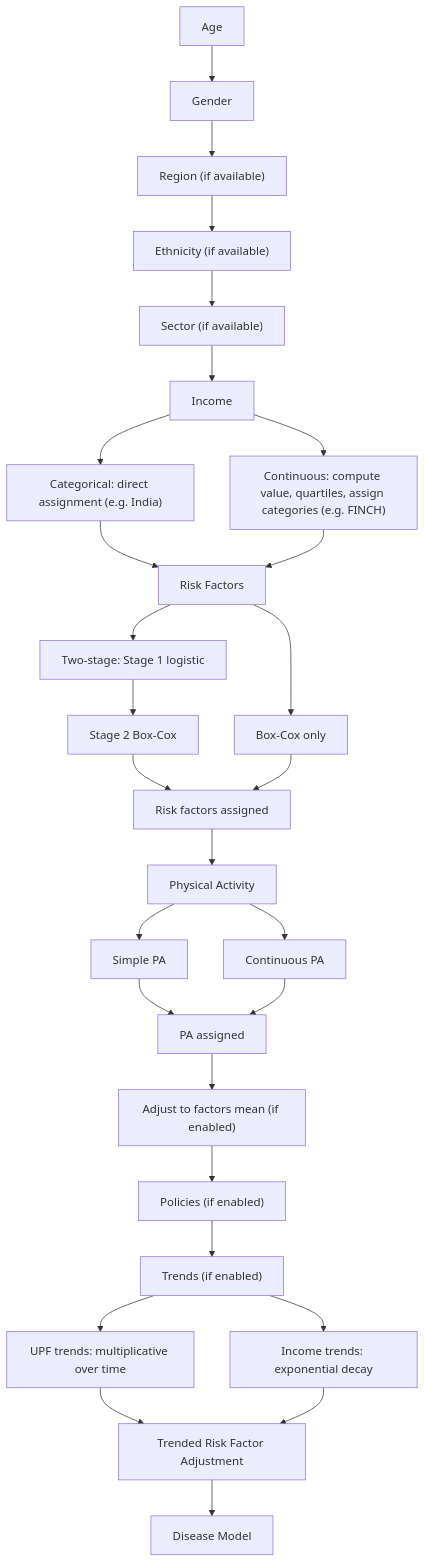
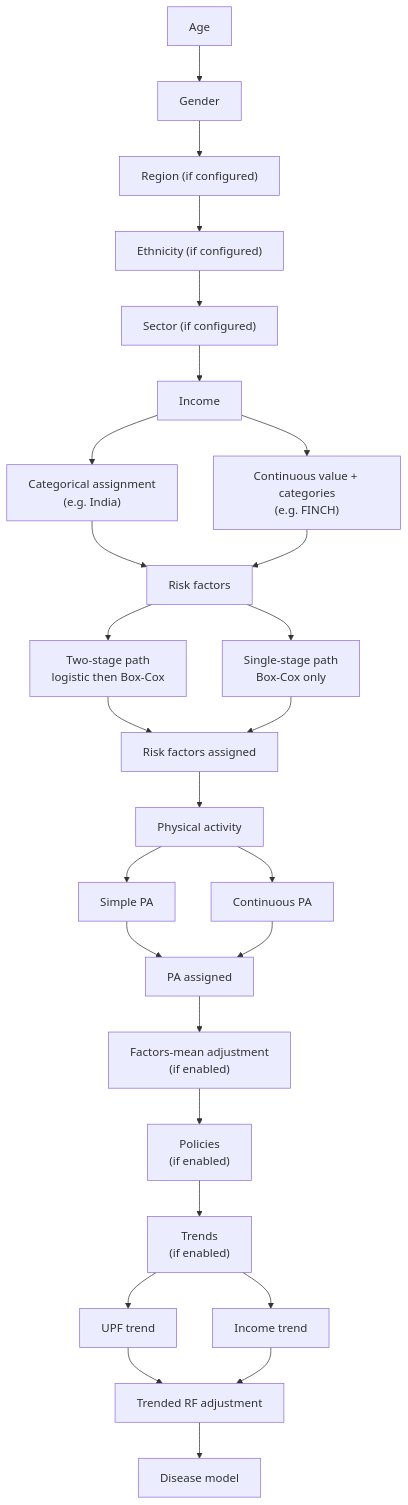
The third of 3 diagrams in documentation/technical/guides/healthgps-update-report-2026-02-20.md (imperialCHEPI/healthgps), drawn with Mermaid before and after one commit. The commit also changed other lines of this file, not shown here.

Commit message:
fixed person intialization diagram in docs

````diff
--- a/documentation/technical/guides/healthgps-update-report-2026-02-20.md
+++ b/documentation/technical/guides/healthgps-update-report-2026-02-20.md
@@ -277,30 +327,36 @@
 ```mermaid
 flowchart TB
     A[Age] --> B[Gender]
-    B --> C["Region (if available)"]
-    C --> D["Ethnicity (if available)"]
-    D --> E["Sector (if available)"]
+    B --> C["Region (if configured)"]
+    C --> D["Ethnicity (if configured)"]
+    D --> E["Sector (if configured)"]
     E --> F[Income]
-    F --> G["Categorical: direct assignment (e.g. India)"]
-    F --> H["Continuous: compute value, quartiles, assign categories (e.g. FINCH)"]
-    G --> I[Risk Factors]
+
+    F --> G["Categorical assignment<br/>(e.g. India)"]
+    F --> H["Continuous value + categories<br/>(e.g. FINCH)"]
+
+    G --> I[Risk factors]
     H --> I
-    I --> I1["Two-stage: Stage 1 logistic"]
-    I1 --> I1b["Stage 2 Box-Cox"]
-    I --> I2["Box-Cox only"]
-    I1b --> RFA
+
+    I --> I1["Two-stage path<br/>logistic then Box-Cox"]
+    I --> I2["Single-stage path<br/>Box-Cox only"]
+
+    I1 --> RFA[Risk factors assigned]
     I2 --> RFA
-    RFA["Risk factors assigned"] --> J[Physical Activity]
+
+    RFA --> J[Physical activity]
     J --> J1[Simple PA]
     J --> J2[Continuous PA]
-    J1 --> PAD
+
+    J1 --> PAD[PA assigned]
     J2 --> PAD
-    PAD["PA assigned"] --> K["Adjust to factors mean (if enabled)"]
-    K --> L["Policies (if enabled)"]
-    L --> M["Trends (if enabled)"]
-    M --> N["UPF trends: multiplicative over time"]
-    M --> O["Income trends: exponential decay"]
-    N --> P[Trended Risk Factor Adjustment]
+
+    PAD --> K["Factors-mean adjustment<br/>(if enabled)"]
+    K --> L["Policies<br/>(if enabled)"]
+    L --> M["Trends<br/>(if enabled)"]
+    M --> N["UPF trend"]
+    M --> O["Income trend"]
+    N --> P[Trended RF adjustment]
     O --> P
-    P --> Q[Disease Model]
+    P --> Q[Disease model]
 ```
````
